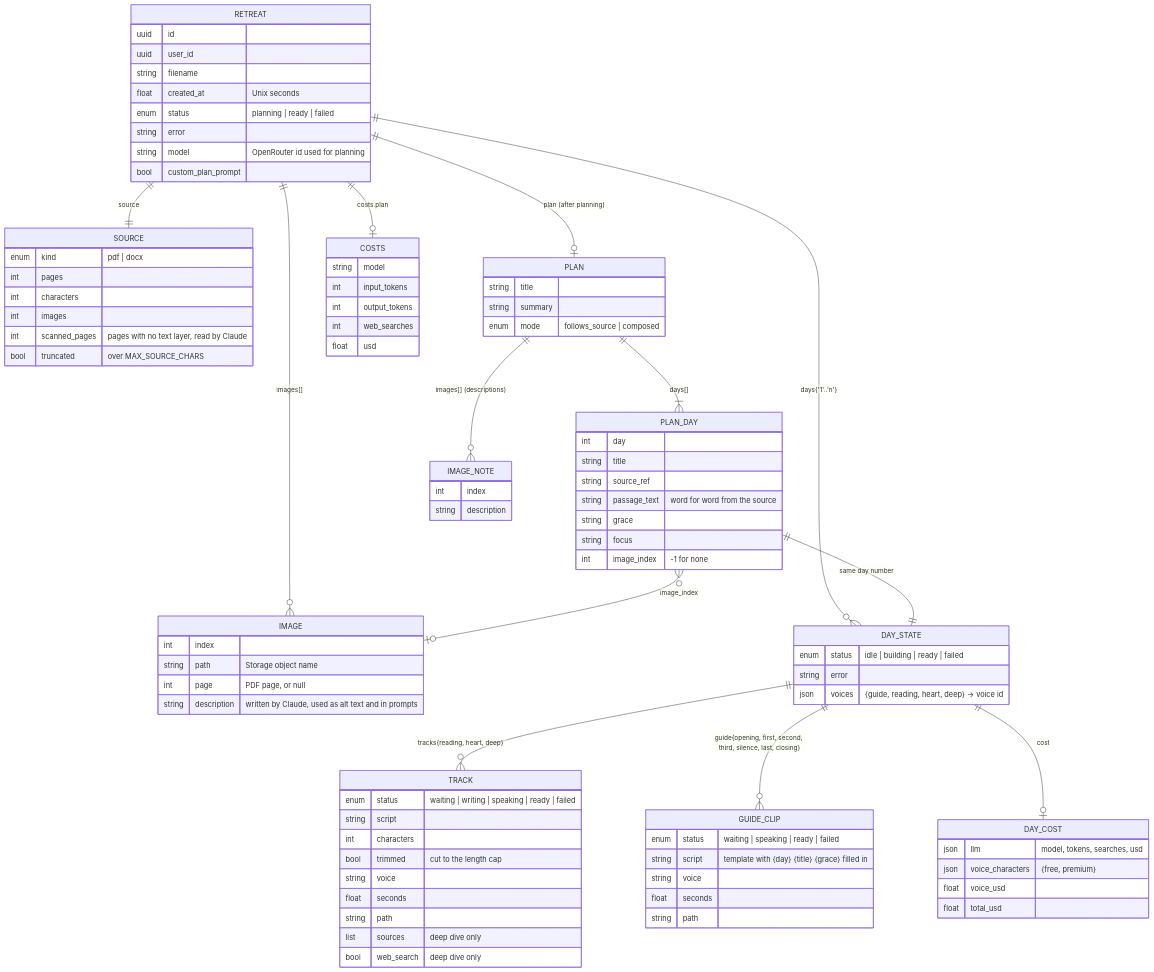
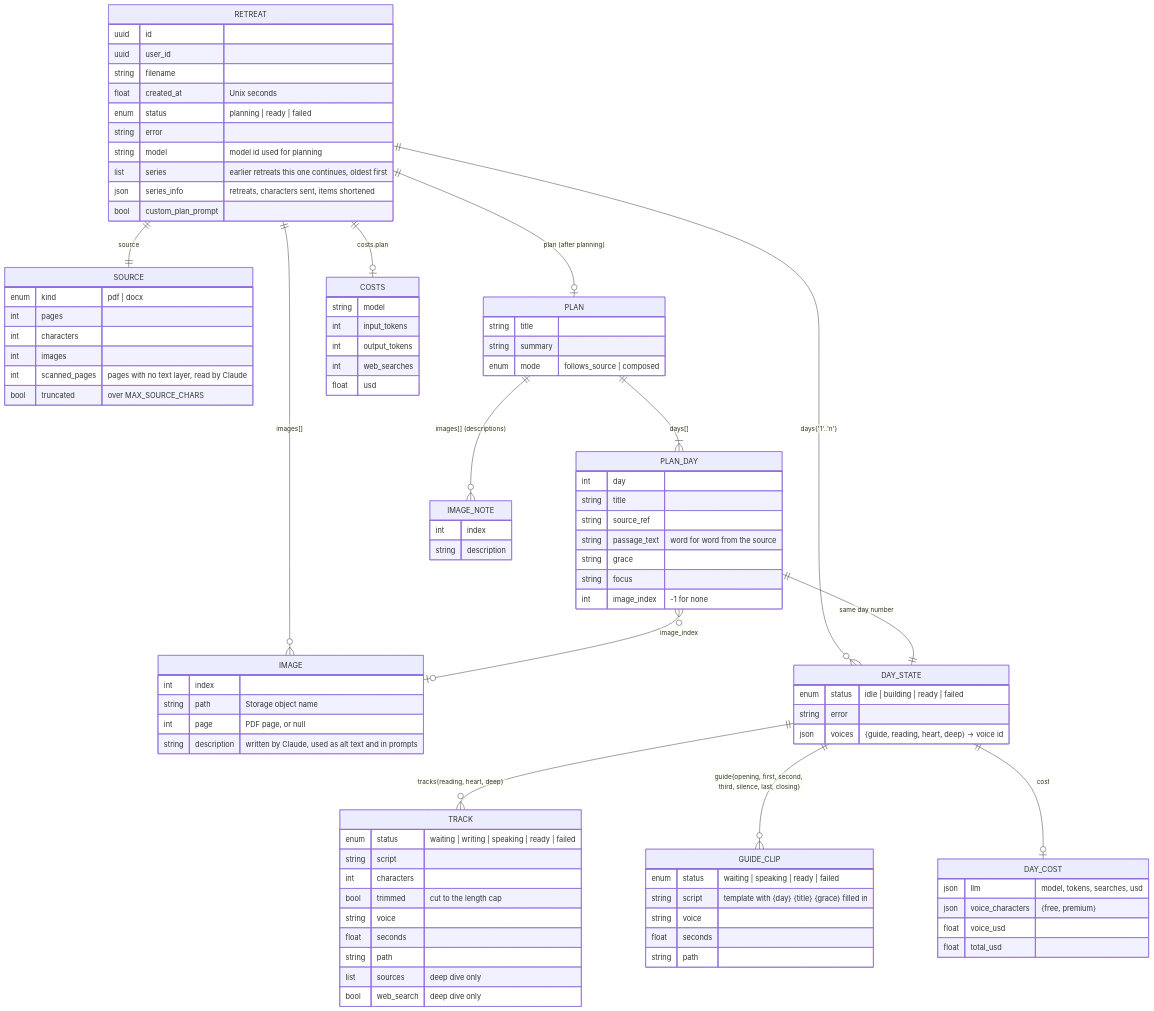
One commit to bcollier/ignatius-hw4-api changed the sixth of 21 diagrams in docs/ARCHITECTURE.md. Above: the diagram before and after it, drawn with Mermaid. The commit also changed other lines of this file and 8 other files, not shown here.

First line of the commit message:
Series: a retreat can continue earlier ones, which are sent to the model (cached for Claude) within a size budget

```diff
--- a/docs/ARCHITECTURE.md
+++ b/docs/ARCHITECTURE.md
@@ -250,7 +250,9 @@
         float created_at "Unix seconds"
         enum status "planning | ready | failed"
         string error
-        string model "OpenRouter id used for planning"
+        string model "model id used for planning"
+        list series "earlier retreats this one continues, oldest first"
+        json series_info "retreats, characters sent, items shortened"
         bool custom_plan_prompt
     }
     SOURCE {
```
